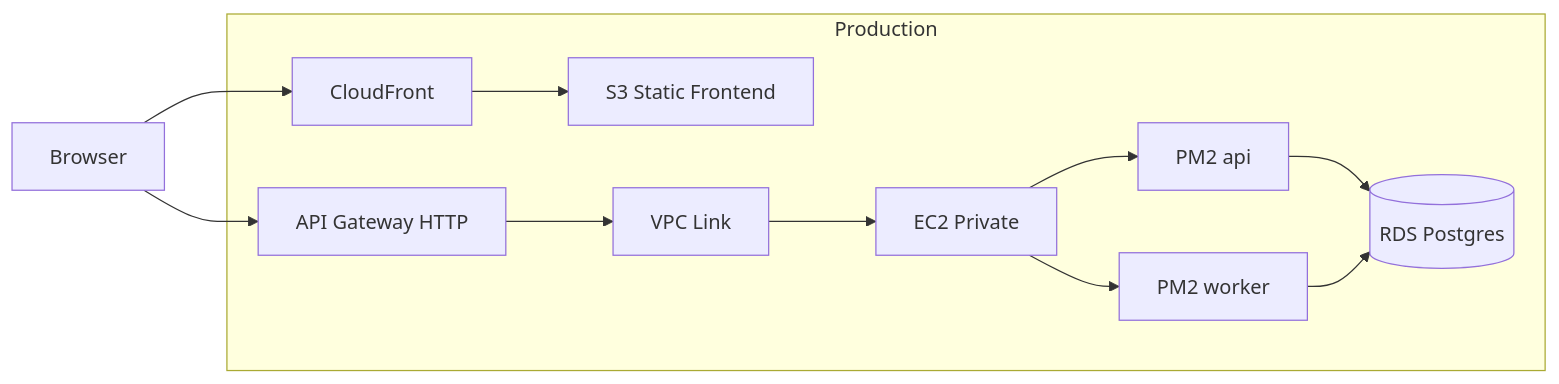
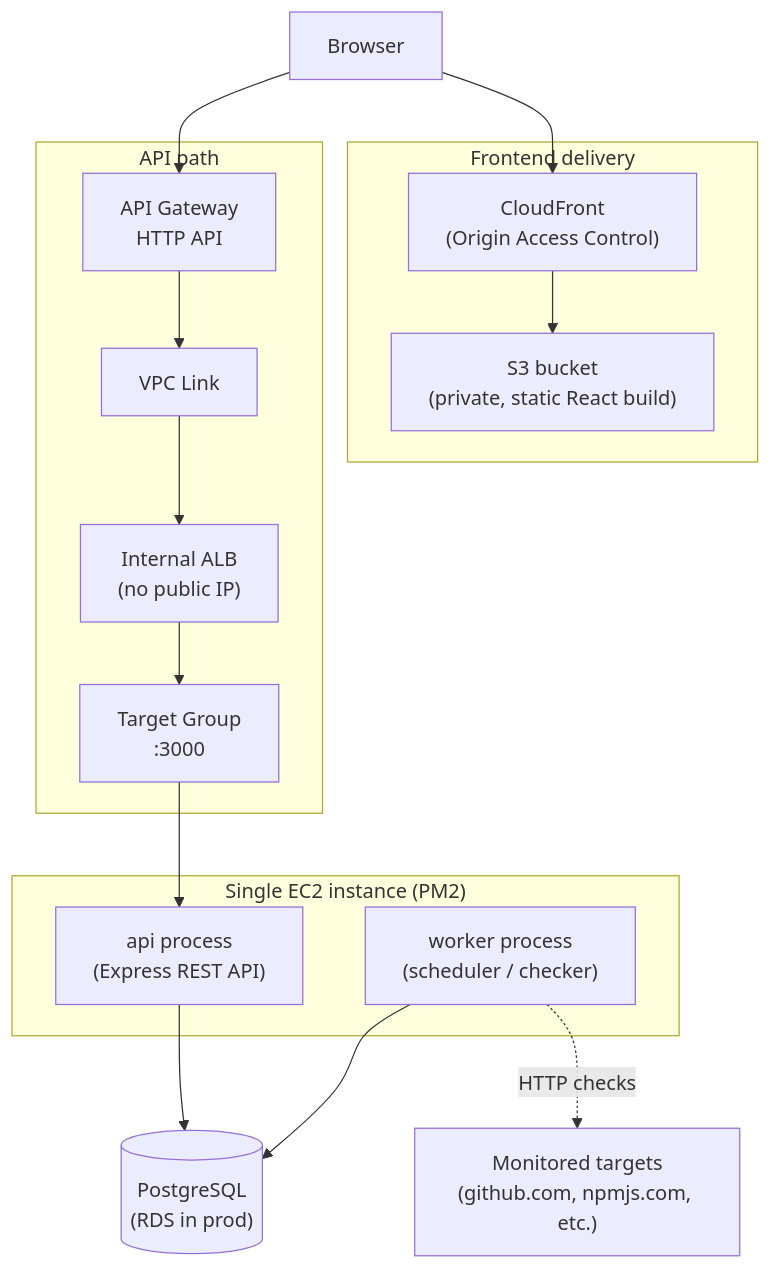
The diagram in README.md (Jashanpreetsingh-9/uptrack), drawn with Mermaid before and after one commit. The commit also changed other lines of this file and 1 other file, not shown here.

Commit message:
configiured ci/cd to run prisma migration before the build

````diff
--- a/README.md
+++ b/README.md
@@ -7,14 +22,32 @@
 ```mermaid
-flowchart LR
-  subgraph prod [Production]
-    CF[CloudFront] --> S3[S3 Static Frontend]
-    APIGW[API Gateway HTTP] --> VPCLink[VPC Link]
-    VPCLink --> EC2[EC2 Private]
-    EC2 --> API[PM2 api]
-    EC2 --> Worker[PM2 worker]
-    API --> RDS[(RDS Postgres)]
-    Worker --> RDS
-  end
-  Browser --> CF
-  Browser --> APIGW
+flowchart TB
+    Browser["Browser"]
+
+    subgraph CDN["Frontend delivery"]
+        CF["CloudFront\n(Origin Access Control)"]
+        S3["S3 bucket\n(private, static React build)"]
+        CF --> S3
+    end
+
+    subgraph API["API path"]
+        APIGW["API Gateway\nHTTP API"]
+        VPCLink["VPC Link"]
+        ALB["Internal ALB\n(no public IP)"]
+        TG["Target Group\n:3000"]
+        APIGW --> VPCLink --> ALB --> TG
+    end
+
+    subgraph EC2["Single EC2 instance (PM2)"]
+        APIProc["api process\n(Express REST API)"]
+        Worker["worker process\n(scheduler / checker)"]
+    end
+
+    DB[("PostgreSQL\n(RDS in prod)")]
+
+    Browser --> CF
+    Browser --> APIGW
+    TG --> APIProc
+    APIProc --> DB
+    Worker --> DB
+    Worker -.->|HTTP checks| Targets["Monitored targets\n(github.com, npmjs.com, etc.)"]
 ```
````
